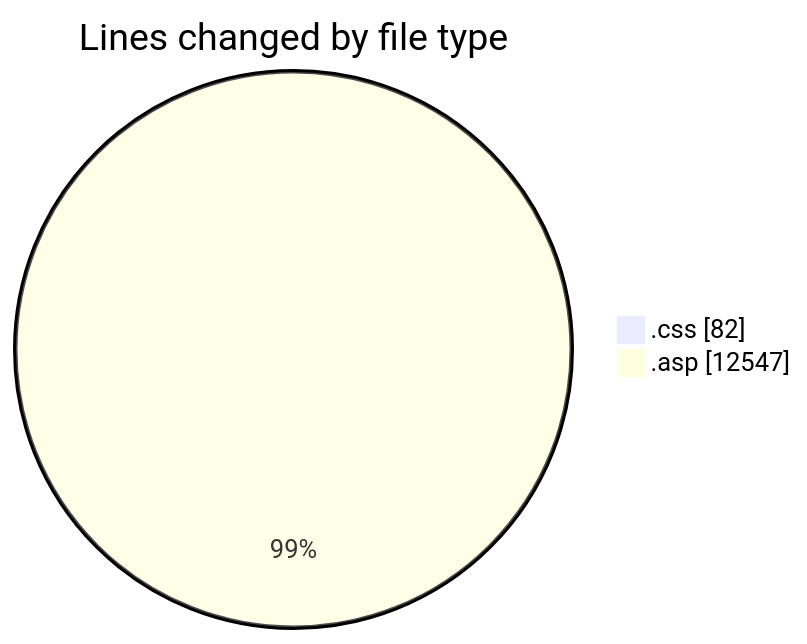
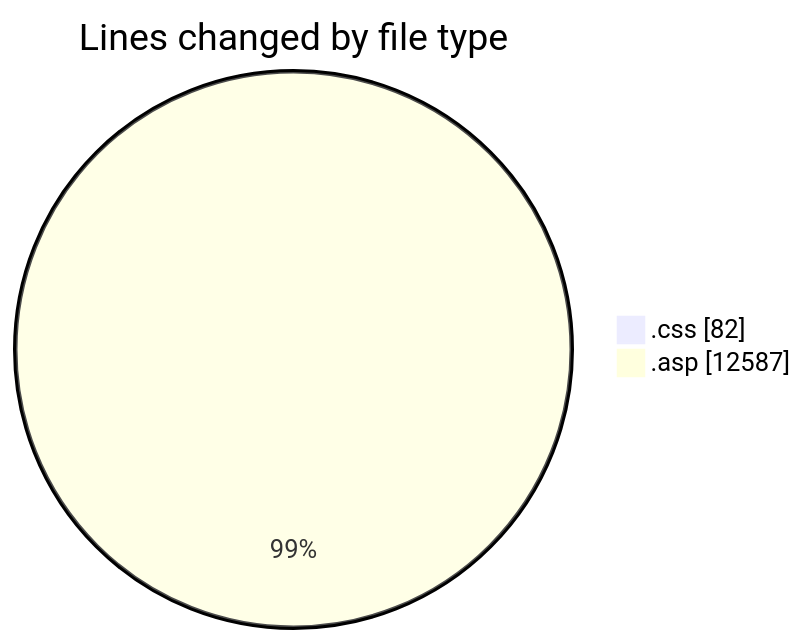
The first of 2 diagrams in 2025-11-16/cdp_aleoudev_fr__workspace_/README.md (julien-gomy/code-tracking), drawn with Mermaid before and after one commit. The commit also changed other lines of this file and 1 other file, not shown here.

````diff
--- a/2025-11-16/cdp_aleoudev_fr__workspace_/README.md
+++ b/2025-11-16/cdp_aleoudev_fr__workspace_/README.md
@@ -36,6 +37,6 @@
 ```mermaid
 pie showData
 title Lines changed by file type
 ".css" : 82
-".asp" : 12547
+".asp" : 12587
 ```
````
